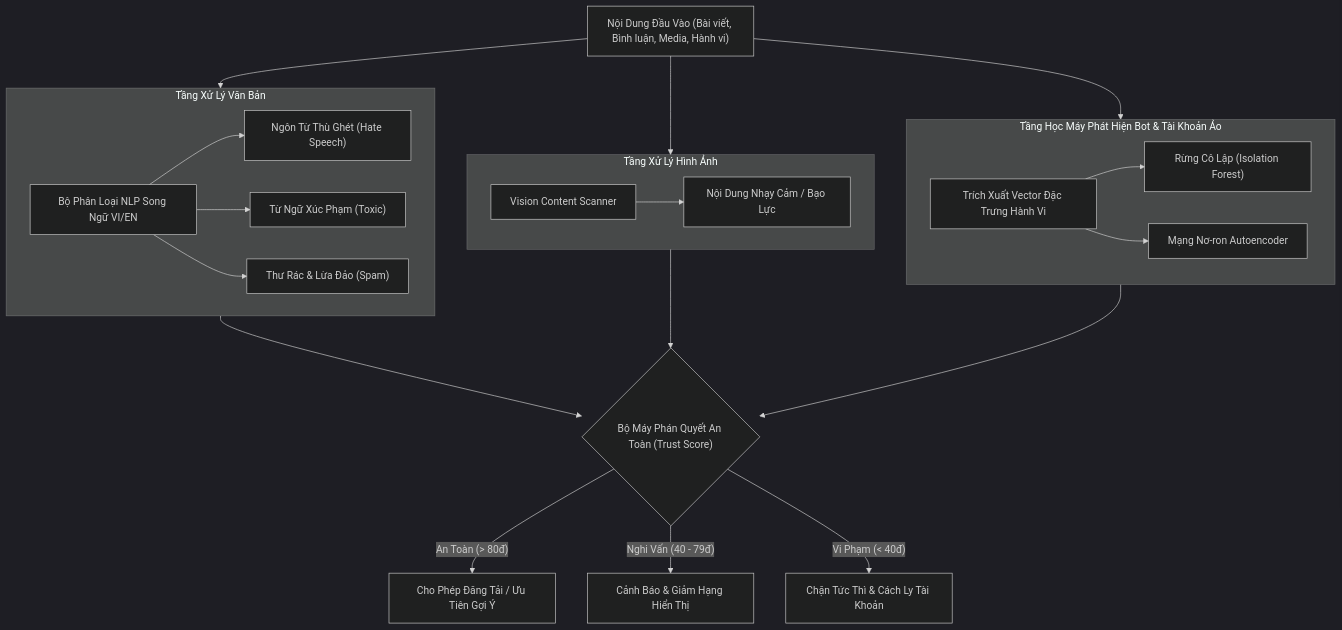
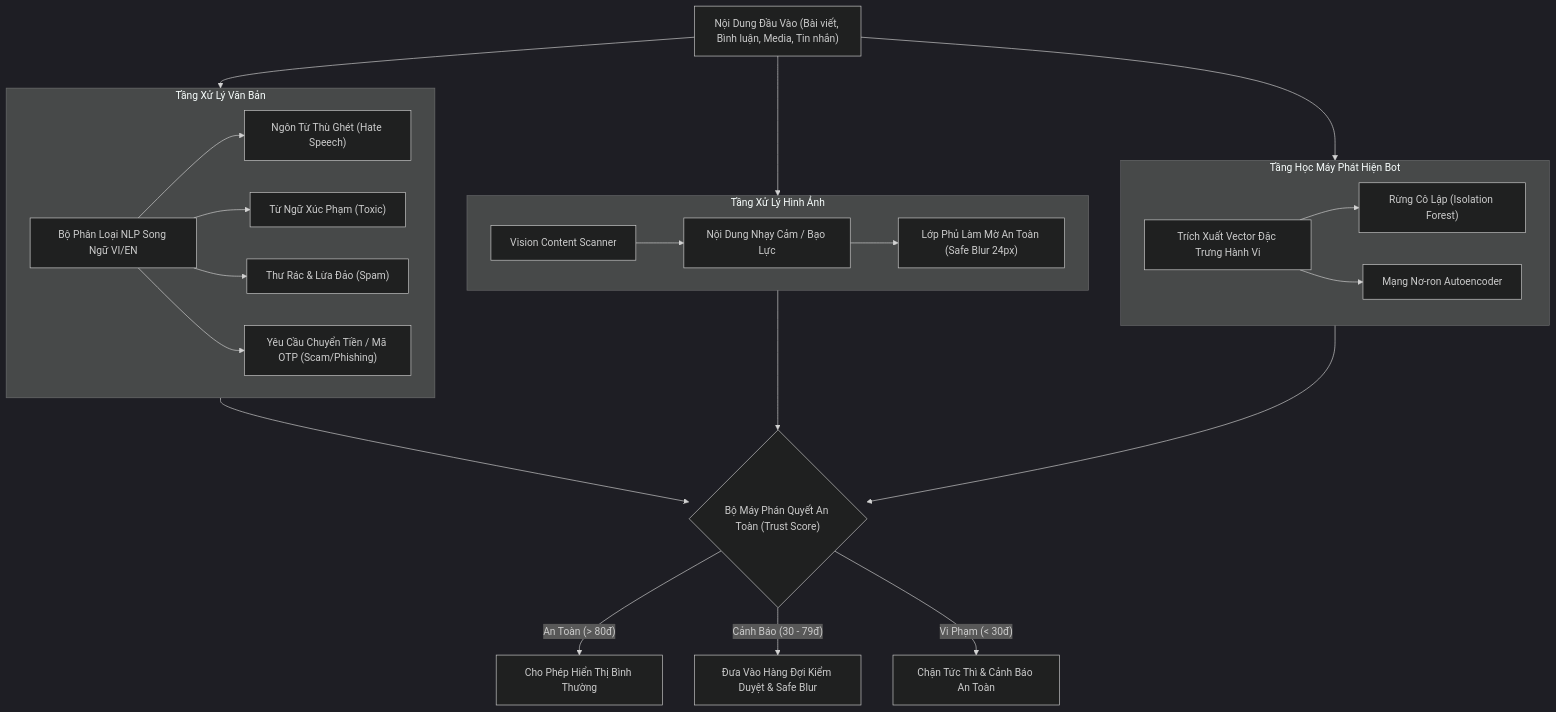
Before and after one commit to ngocquydev/ChatApp: the diagram in docs/features/moderation-trust.md, drawn with Mermaid (dark theme). The commit also changed other lines of this file and 21 other files, not shown here.

First line of the commit message:
feat(moderation): add admin moderation queue, in-chat safety banner, and sensitive media blur

````diff
--- a/docs/features/moderation-trust.md
+++ b/docs/features/moderation-trust.md
@@ -38,36 +41,38 @@
 ```mermaid
 flowchart TD
-    UserInput["Nội Dung Đầu Vào (Bài viết, Bình luận, Media, Hành vi)"]
+    UserInput["Nội Dung Đầu Vào (Bài viết, Bình luận, Media, Tin nhắn)"]
 
     subgraph TextPipeline ["Tầng Xử Lý Văn Bản"]
         NLP["Bộ Phân Loại NLP Song Ngữ VI/EN"]
         HateSpeech["Ngôn Từ Thù Ghét (Hate Speech)"]
         Toxic["Từ Ngữ Xúc Phạm (Toxic)"]
         Spam["Thư Rác & Lừa Đảo (Spam)"]
-        NLP --> HateSpeech & Toxic & Spam
+        Scam["Yêu Cầu Chuyển Tiền / Mã OTP (Scam/Phishing)"]
+        NLP --> HateSpeech & Toxic & Spam & Scam
     end
 
     subgraph MediaPipeline ["Tầng Xử Lý Hình Ảnh"]
         Vision["Vision Content Scanner"]
         Sensitive["Nội Dung Nhạy Cảm / Bạo Lực"]
-        Vision --> Sensitive
+        SafeBlur["Lớp Phủ Làm Mờ An Toàn (Safe Blur 24px)"]
+        Vision --> Sensitive --> SafeBlur
     end
 
-    subgraph AnomalyPipeline ["Tầng Học Máy Phát Hiện Bot & Tài Khoản Ảo"]
+    subgraph AnomalyPipeline ["Tầng Học Máy Phát Hiện Bot"]
         BehaviorVector["Trích Xuất Vector Đặc Trưng Hành Vi"]
         IForest["Rừng Cô Lập (Isolation Forest)"]
         Autoencoder["Mạng Nơ-ron Autoencoder"]
         BehaviorVector --> IForest & Autoencoder
     end
 
     UserInput --> TextPipeline & MediaPipeline & AnomalyPipeline
 
     DecisionEngine{"Bộ Máy Phán Quyết An Toàn (Trust Score)"}
     TextPipeline --> DecisionEngine
     MediaPipeline --> DecisionEngine
     AnomalyPipeline --> DecisionEngine
 
-    DecisionEngine -->|"An Toàn (> 80đ)"| Pass["Cho Phép Đăng Tải / Ưu Tiên Gợi Ý"]
-    DecisionEngine -->|"Nghi Vấn (40 - 79đ)"| Review["Cảnh Báo & Giảm Hạng Hiển Thị"]
-    DecisionEngine -->|"Vi Phạm (< 40đ)"| Block["Chặn Tức Thì & Cách Ly Tài Khoản"]
+    DecisionEngine -->|"An Toàn (> 80đ)"| Pass["Cho Phép Hiển Thị Bình Thường"]
+    DecisionEngine -->|"Cảnh Báo (30 - 79đ)"| Queue["Đưa Vào Hàng Đợi Kiểm Duyệt & Safe Blur"]
+    DecisionEngine -->|"Vi Phạm (< 30đ)"| Block["Chặn Tức Thì & Cảnh Báo An Toàn"]
 ```
````
